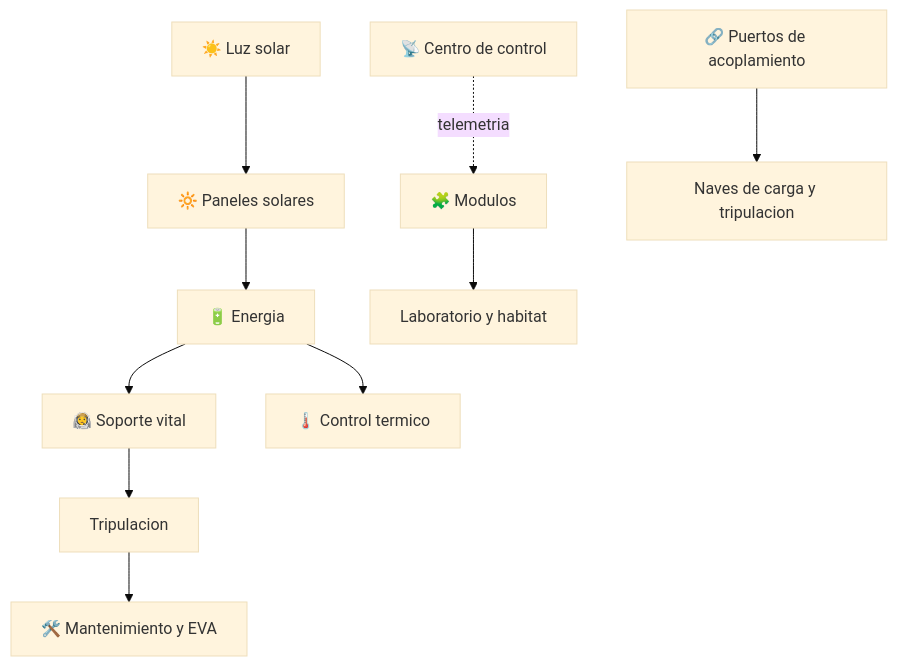
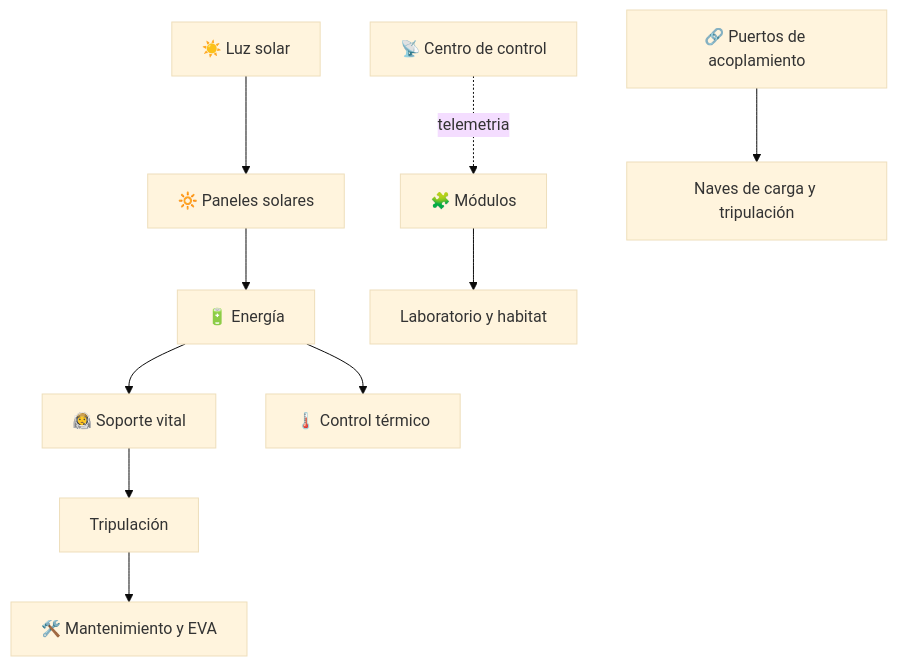
One commit to vladimiracunadev-create/machine-operator-program changed the diagram in vehiculos/estacion-espacial/README.md. Above: the diagram before and after it, drawn with Mermaid (base theme). The commit also changed other lines of this file and 442 other files, not shown here.

````diff
--- a/vehiculos/estacion-espacial/README.md
+++ b/vehiculos/estacion-espacial/README.md
@@ -34,12 +34,12 @@
 ```mermaid
 flowchart TD
     Sol[☀️ Luz solar] --> Paneles[🔆 Paneles solares]
-    Paneles --> Energia[🔋 Energia]
+    Paneles --> Energia[🔋 Energía]
     Energia --> Vital[🧑‍🚀 Soporte vital]
-    Energia --> Termico[🌡️ Control termico]
-    Vital --> Tripulacion[Tripulacion]
-    Modulos[🧩 Modulos] --> Laboratorio[Laboratorio y habitat]
-    Puertos[🔗 Puertos de acoplamiento] --> Naves[Naves de carga y tripulacion]
+    Energia --> Termico[🌡️ Control térmico]
+    Vital --> Tripulacion[Tripulación]
+    Modulos[🧩 Módulos] --> Laboratorio[Laboratorio y habitat]
+    Puertos[🔗 Puertos de acoplamiento] --> Naves[Naves de carga y tripulación]
     Control[📡 Centro de control] -. telemetria .-> Modulos
     Tripulacion --> Mantenimiento[🛠️ Mantenimiento y EVA]
 ```
````
